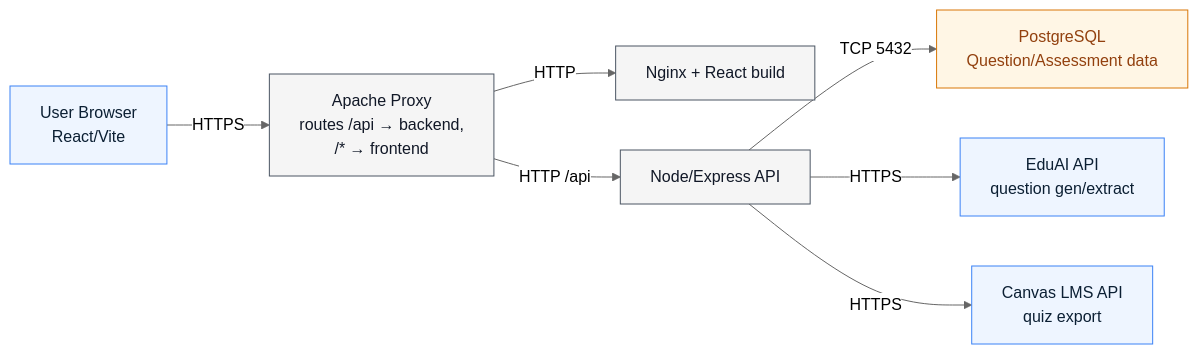
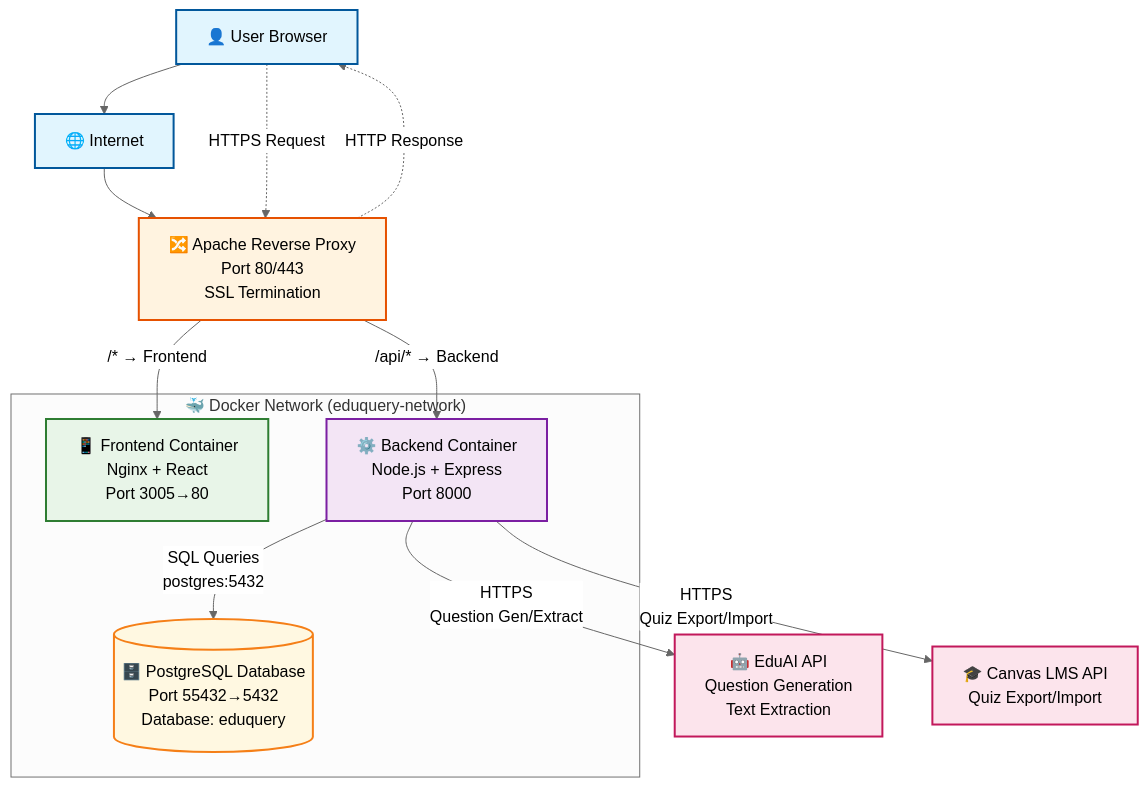
Before and after one commit to EduAI-Lab/Question-Maker: the diagram in docs/DEVELOPER_GUIDE.md, drawn with Mermaid (neutral theme). The commit also changed 2 other files, not shown here.

Commit message:
Enhance architecture documentation with detailed external service integrations for EduAI and Canvas LMS APIs. Update diagrams to reflect new architecture version and include external API call flows.

````diff
--- a/docs/DEVELOPER_GUIDE.md
+++ b/docs/DEVELOPER_GUIDE.md
@@ -7,14 +7,59 @@
 ```mermaid
-flowchart LR
-    User["User Browser<br/>React/Vite"] -->|HTTPS| Apache["Apache Proxy<br/>routes /api → backend,<br/>/* → frontend"]
-    Apache -->|HTTP| Frontend["Nginx + React build"]
-    Apache -->|HTTP /api| Backend["Node/Express API"]
-    Backend -->|TCP 5432| Postgres["PostgreSQL<br/>Question/Assessment data"]
-    Backend -->|HTTPS| EduAI["EduAI API<br/>question gen/extract"]
-    Backend -->|HTTPS| Canvas["Canvas LMS API<br/>quiz export"]
-
-    classDef ext fill:#eef5ff,stroke:#3b82f6,stroke-width:1px,color:#0b1f33;
-    classDef svc fill:#f5f5f5,stroke:#4b5563,stroke-width:1px,color:#111827;
-    classDef db fill:#fff6e5,stroke:#d97706,stroke-width:1px,color:#92400e;
-    class User ext; class Apache,Frontend,Backend svc; class Postgres db; class EduAI,Canvas ext;
+graph TB
+    %% External Layer
+    User[👤 User Browser]
+    Internet[🌐 Internet]
+    
+    %% Apache Reverse Proxy
+    Apache[🔀 Apache Reverse Proxy<br/>Port 80/443<br/>SSL Termination]
+    
+    %% Docker Network
+    subgraph Docker["🐳 Docker Network (eduquery-network)"]
+        %% Frontend Container
+        Frontend[📱 Frontend Container<br/>Nginx + React<br/>Port 3005→80]
+        
+        %% Backend Container
+        Backend[⚙️ Backend Container<br/>Node.js + Express<br/>Port 8000]
+        
+        %% Database Container
+        Database[(🗄️ PostgreSQL Database<br/>Port 55432→5432<br/>Database: eduquery)]
+    end
+    
+    %% External Services
+    EduAI[🤖 EduAI API<br/>Question Generation<br/>Text Extraction]
+    Canvas[🎓 Canvas LMS API<br/>Quiz Export/Import]
+    
+    %% Request Flow
+    User --> Internet
+    Internet --> Apache
+    
+    %% Apache Routing
+    Apache -->|"/api/* → Backend"| Backend
+    Apache -->|"/* → Frontend"| Frontend
+    
+    %% Internal Communication
+    Backend -->|"SQL Queries<br/>postgres:5432"| Database
+    
+    %% External API Calls
+    Backend -->|"HTTPS<br/>Question Gen/Extract"| EduAI
+    Backend -->|"HTTPS<br/>Quiz Export/Import"| Canvas
+    
+    %% Data Flow Labels
+    User -.->|"HTTPS Request"| Apache
+    Apache -.->|"HTTP Response"| User
+    
+    %% Styling
+    classDef external fill:#e1f5fe,stroke:#01579b,stroke-width:2px
+    classDef proxy fill:#fff3e0,stroke:#e65100,stroke-width:2px
+    classDef frontend fill:#e8f5e8,stroke:#2e7d32,stroke-width:2px
+    classDef backend fill:#f3e5f5,stroke:#7b1fa2,stroke-width:2px
+    classDef database fill:#fff8e1,stroke:#f57f17,stroke-width:2px
+    classDef extapi fill:#fce4ec,stroke:#c2185b,stroke-width:2px
+    
+    class User,Internet external
+    class Apache proxy
+    class Frontend frontend
+    class Backend backend
+    class Database database
+    class EduAI,Canvas extapi
 ```
````
